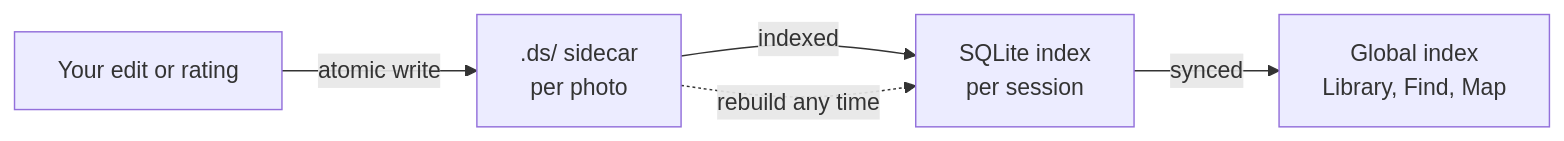
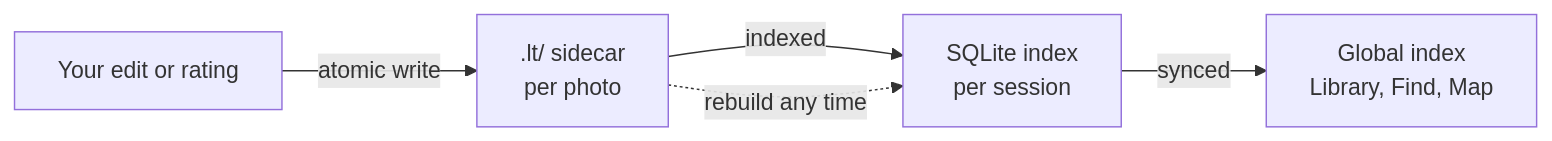
The fourth of 4 diagrams in README.md (sbaillar/darkslide), drawn with Mermaid before and after one commit. The commit also changed other lines of this file and 2092 other files, not shown here.

````diff
--- a/README.md
+++ b/README.md
@@ -285,7 +286,7 @@
 ```mermaid
 flowchart LR
-    Edit["Your edit or rating"] -->|"atomic write"| Sidecar[".ds/ sidecar<br/>per photo"]
+    Edit["Your edit or rating"] -->|"atomic write"| Sidecar[".lt/ sidecar<br/>per photo"]
     Sidecar -->|"indexed"| Index["SQLite index<br/>per session"]
     Index -->|"synced"| Global["Global index<br/>Library, Find, Map"]
     Sidecar -.->|"rebuild any time"| Index
 ```
````
